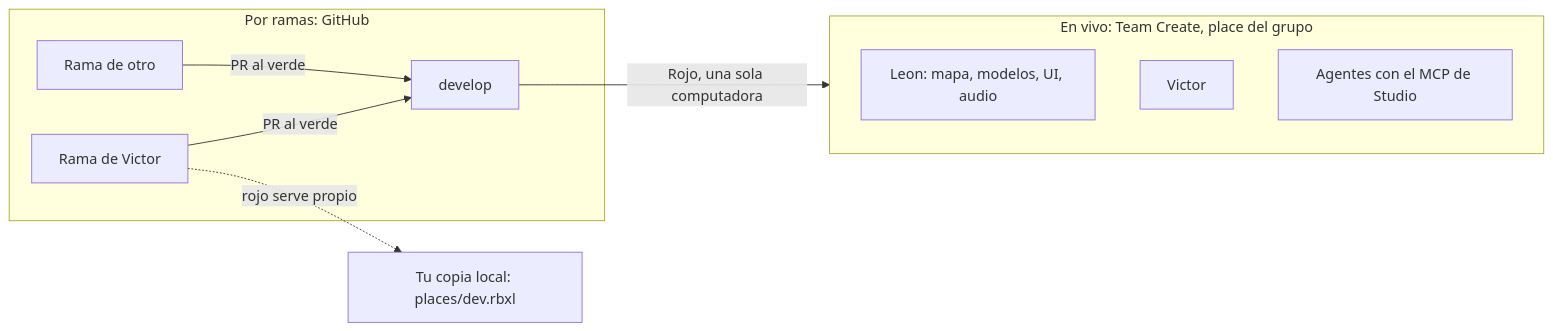
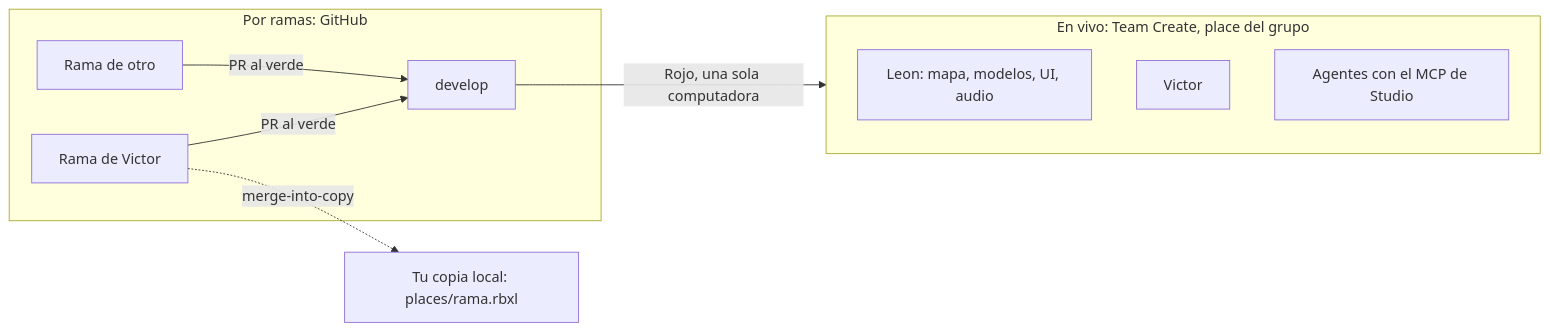
Before and after one commit to Nashei-Studios/studio: the diagram in docs/en-vivo-y-ramas.md, drawn with Mermaid. The commit also changed other lines of this file and 2 other files, not shown here.

Commit message:
docs(flujo): add the plan vigente page and describe the no-Connect test copy

````diff
--- a/docs/en-vivo-y-ramas.md
+++ b/docs/en-vivo-y-ramas.md
@@ -5,14 +5,14 @@
 ```mermaid
 flowchart LR
   subgraph Vivo["En vivo: Team Create, place del grupo"]
     L[Leon: mapa, modelos, UI, audio]
     V[Victor]
     A[Agentes con el MCP de Studio]
   end
   subgraph Ramas["Por ramas: GitHub"]
     R1[Rama de Victor] -->|PR al verde| D[develop]
     R2[Rama de otro] -->|PR al verde| D
   end
   D -->|Rojo, una sola computadora| Vivo
-  R1 -.->|rojo serve propio| B1[Tu copia local: places/dev.rbxl]
+  R1 -.->|merge-into-copy| B1[Tu copia local: places/rama.rbxl]
 ```
````
